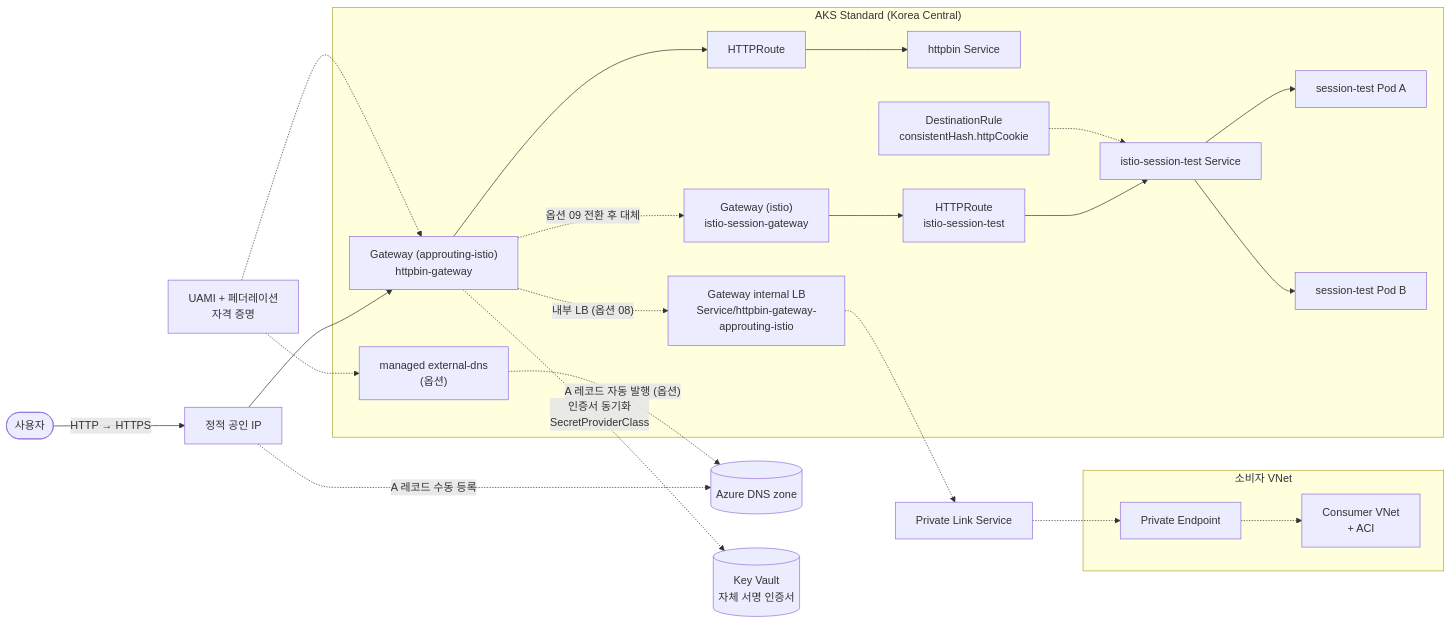
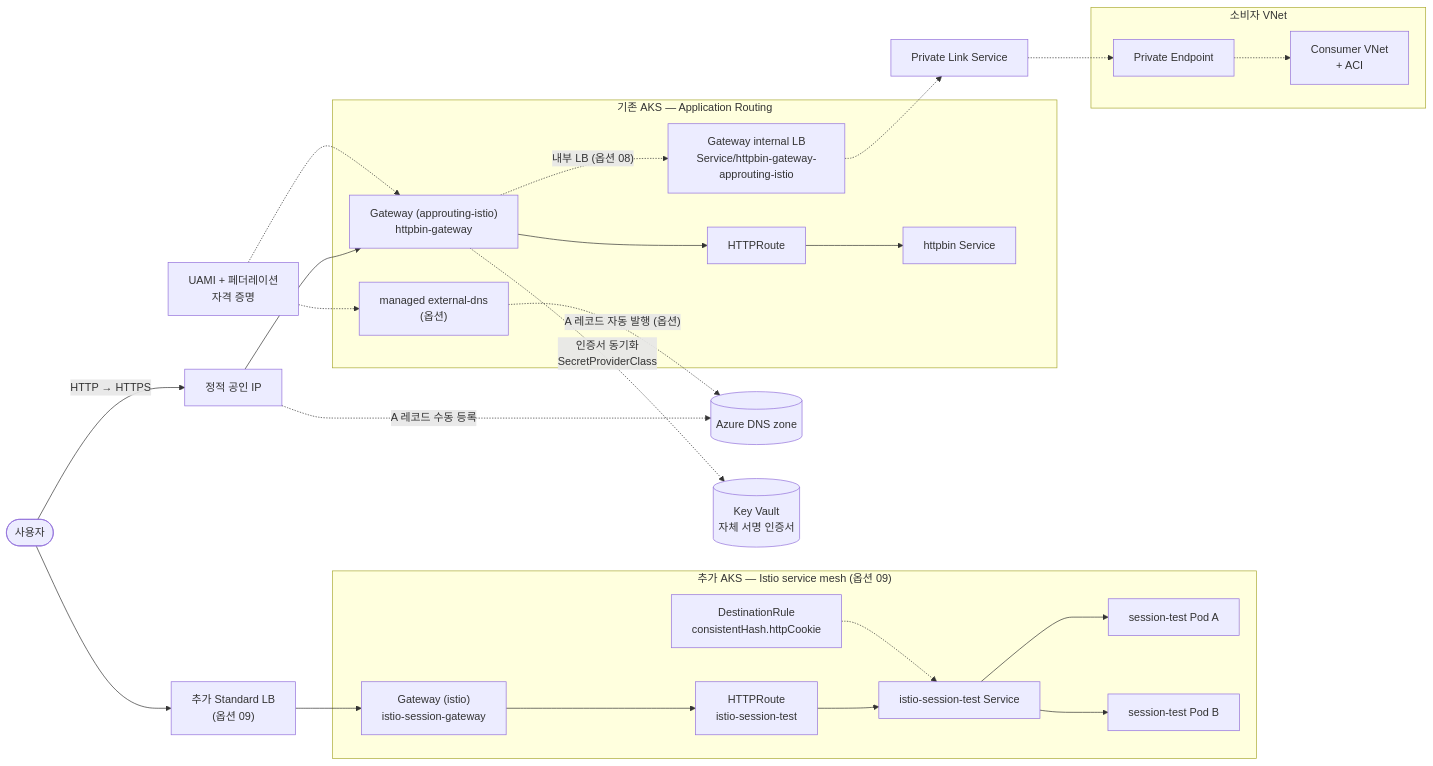
The diagram in README.md (freeman9844/ms-aks-approuting-workshop01), drawn with Mermaid before and after one commit. The commit also changed other lines of this file, not shown here.

Commit message:
docs(readme): Istio 병렬 클러스터 경로 반영

````diff
--- a/README.md
+++ b/README.md
@@ -12,26 +12,29 @@
 ```mermaid
 flowchart LR
   user([사용자]) -->|"HTTP → HTTPS"| pip["정적 공인 IP"] --> gw["Gateway (approuting-istio)<br/>httpbin-gateway"]
   gw --> route[HTTPRoute] --> svc[httpbin Service]
-  gw -.->|"옵션 09 전환 후 대체"| istioGw["Gateway (istio)<br/>istio-session-gateway"]
-  istioGw --> istioRoute["HTTPRoute<br/>istio-session-test"] --> istioSvc[istio-session-test Service]
+  user --> istioLb["추가 Standard LB<br/>(옵션 09)"] --> istioGw["Gateway (istio)<br/>istio-session-gateway"]
+  istioGw --> istioRoute["HTTPRoute<br/>istio-session-test"] --> istioSvc["istio-session-test Service"]
   istioSvc --> sessionPodA["session-test Pod A"]
   istioSvc --> sessionPodB["session-test Pod B"]
   dr["DestinationRule<br/>consistentHash.httpCookie"] -.-> istioSvc
   gw -.->|"내부 LB (옵션 08)"| ilb["Gateway internal LB<br/>Service/httpbin-gateway-approuting-istio"]
-  subgraph aks ["AKS Standard (Korea Central)"]
-    gw; route; svc; ilb; istioGw; istioRoute; istioSvc; sessionPodA; sessionPodB; dr
+  subgraph aks ["기존 AKS — Application Routing"]
+    gw; route; svc; ilb
     edns["managed external-dns<br/>(옵션)"]
+  end
+  subgraph istioAks ["추가 AKS — Istio service mesh (옵션 09)"]
+    istioGw; istioRoute; istioSvc; sessionPodA; sessionPodB; dr
   end
   ilb -.-> pls["Private Link Service"]
   pls -.-> pe["Private Endpoint"]
   pe -.-> aci["Consumer VNet<br/>+ ACI"]
   subgraph consumer ["소비자 VNet"]
     pe; aci
   end
   edns -.->|"A 레코드 자동 발행 (옵션)"| zone[(Azure DNS zone)]
   pip -.->|A 레코드 수동 등록| zone
   gw -.->|인증서 동기화<br/>SecretProviderClass| kv[(Key Vault<br/>자체 서명 인증서)]
   uami[UAMI + 페더레이션<br/>자격 증명] -.-> edns
   uami -.-> gw
 ```
````
